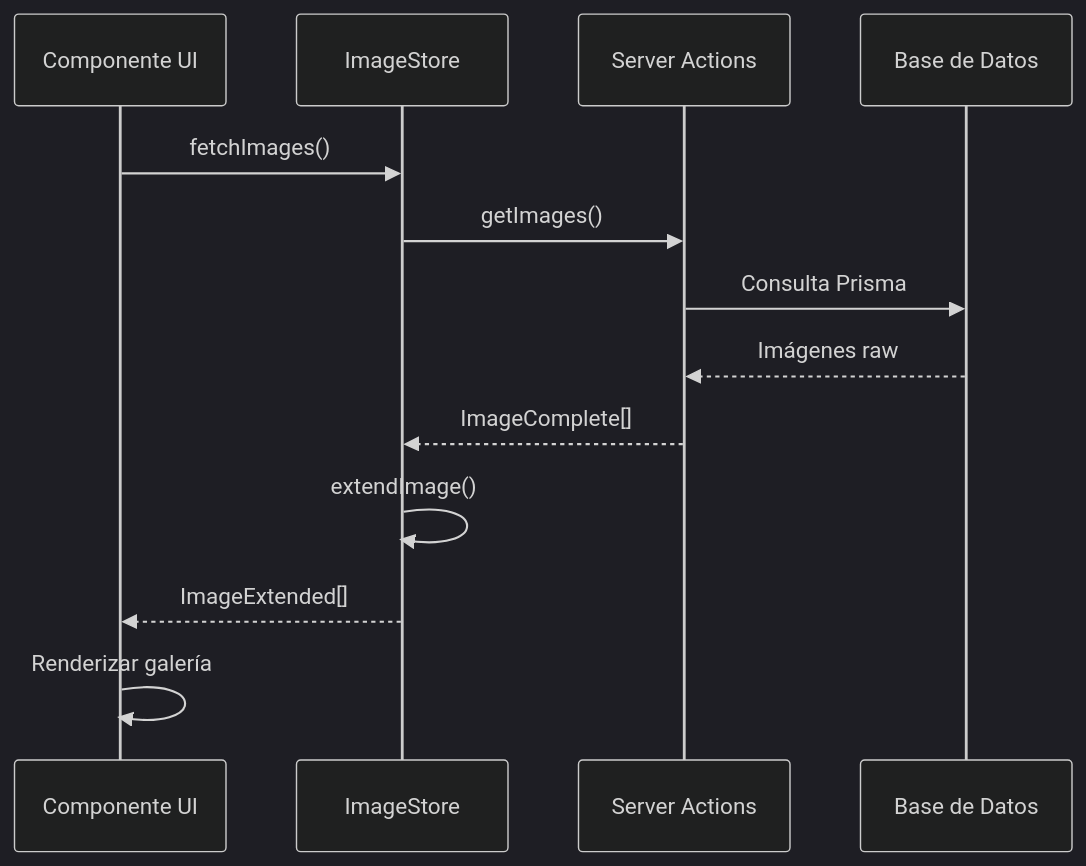
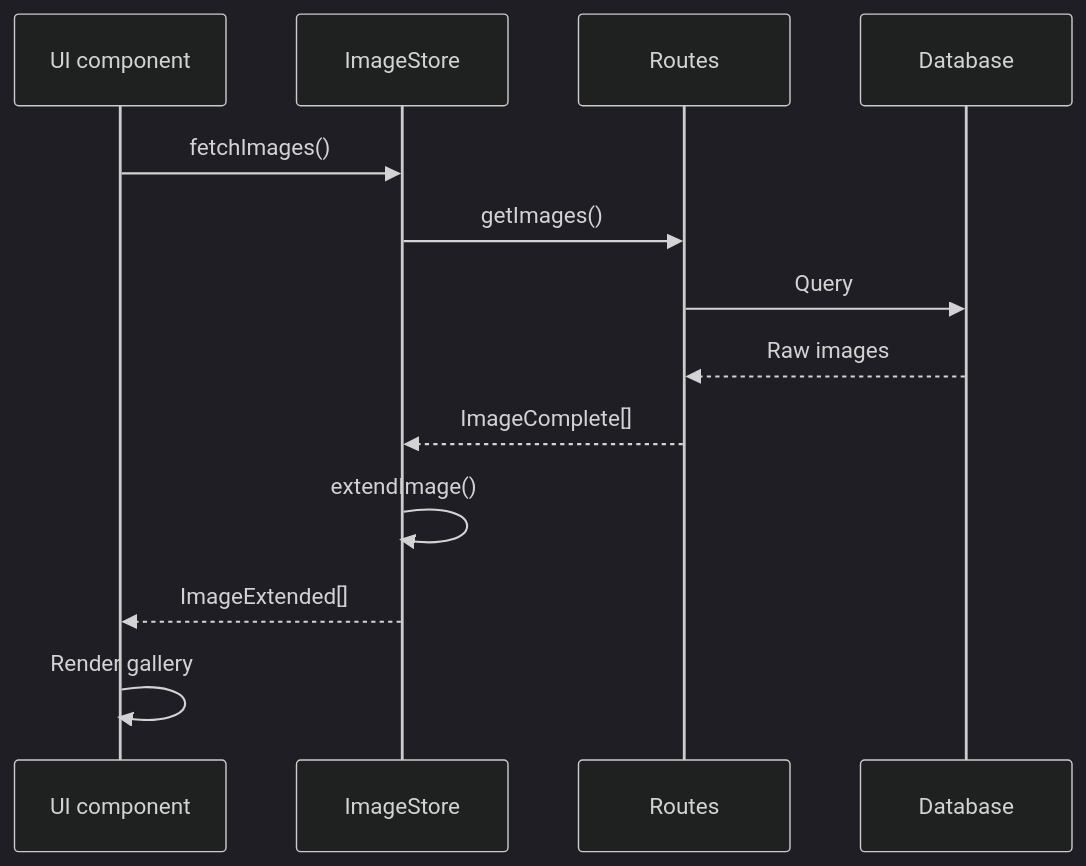
One commit to gvastethecreator/media-manager changed the second of 2 diagrams in src/store/entities/image/README.md. Above: the diagram before and after it, drawn with Mermaid (dark theme). The commit also changed other lines of this file and 98 other files, not shown here.

Commit message:
docs: initialize comprehensive architectural documentation and component-level README files across the repository.

````diff
--- a/src/store/entities/image/README.md
+++ b/src/store/entities/image/README.md
@@ -164,16 +174,16 @@
 ```mermaid
 sequenceDiagram
-    participant UI as Componente UI
+    participant UI as UI component
     participant Store as ImageStore
-    participant API as Server Actions
-    participant DB as Base de Datos
+    participant API as Routes
+    participant DB as Database
 
     UI->>Store: fetchImages()
     Store->>API: getImages()
-    API->>DB: Consulta Prisma
-    DB-->>API: Imágenes raw
+    API->>DB: Query
+    DB-->>API: Raw images
     API-->>Store: ImageComplete[]
     Store->>Store: extendImage()
     Store-->>UI: ImageExtended[]
-    UI->>UI: Renderizar galería
+    UI->>UI: Render gallery
 ```
````
